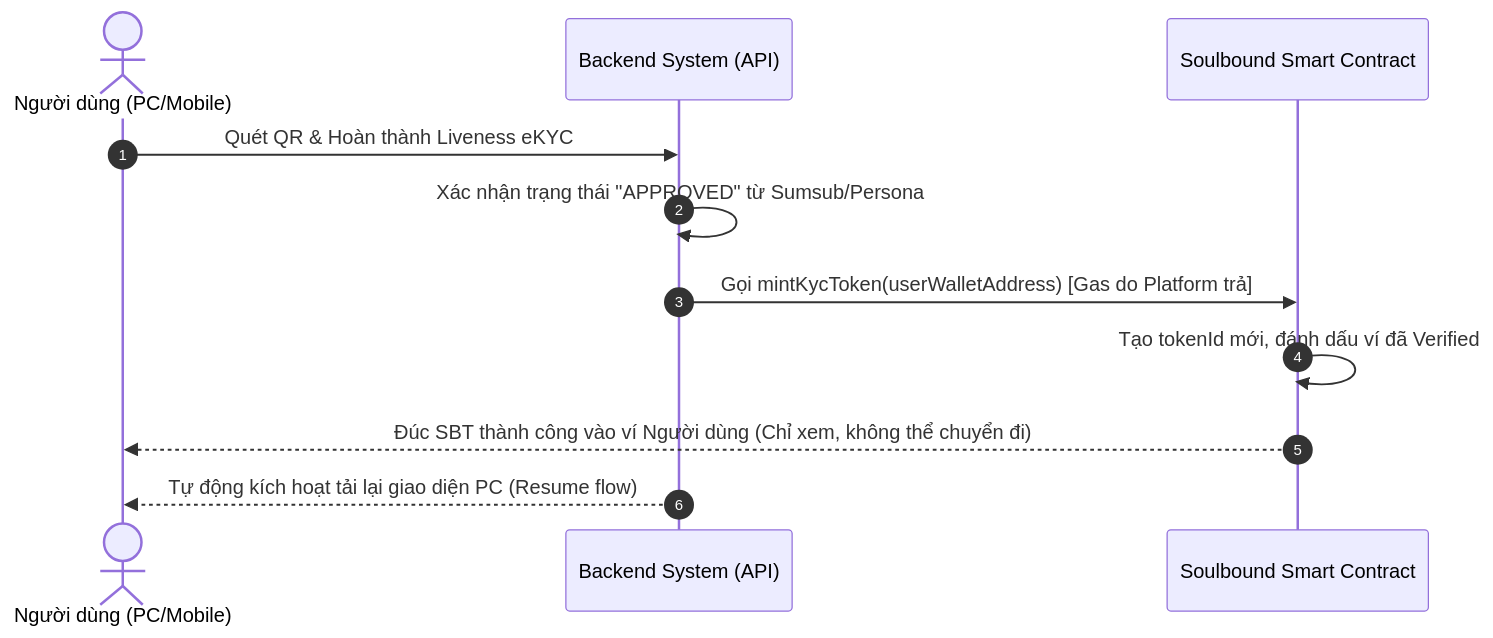
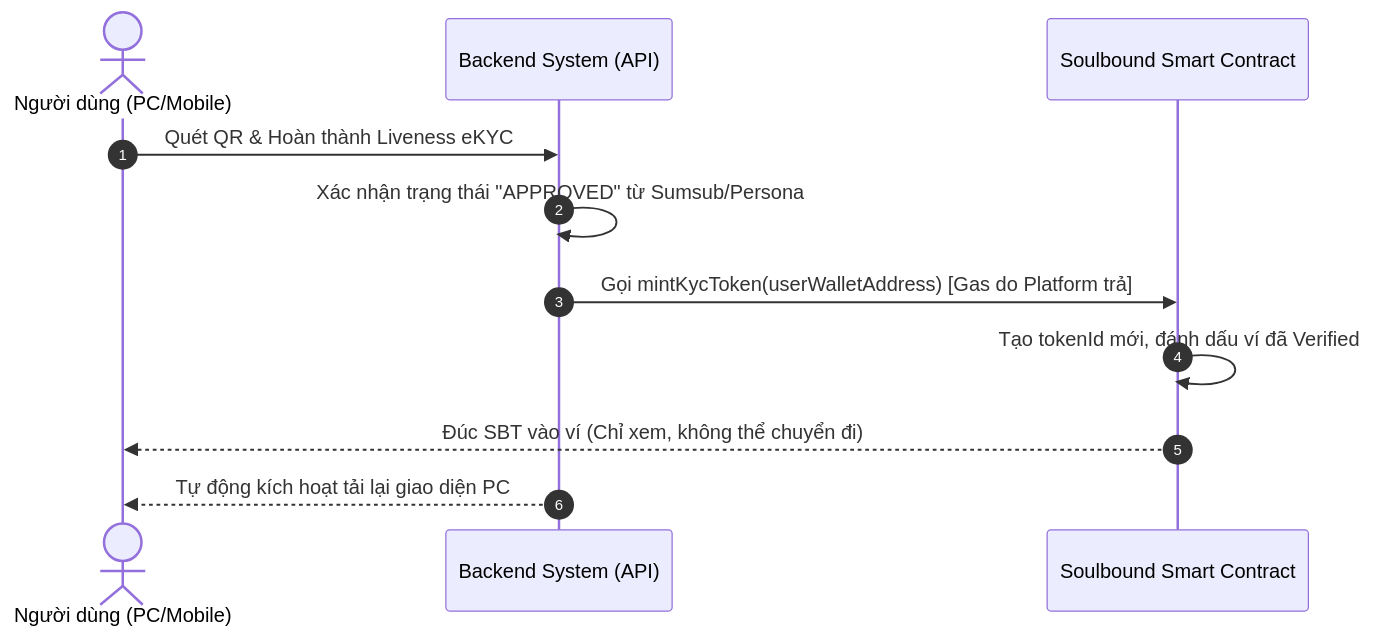
One commit to trongkhoidev/bloody-roar changed the second of 2 diagrams in docs/ai/design/smart-contract-analysis.md. Above: the diagram before and after it, drawn with Mermaid. The commit also changed other lines of this file and 14 other files, not shown here.

````diff
--- a/docs/ai/design/smart-contract-analysis.md
+++ b/docs/ai/design/smart-contract-analysis.md
@@ -134,14 +98,14 @@
 ```mermaid
 sequenceDiagram
     autonumber
     actor User as Người dùng (PC/Mobile)
     participant API as Backend System (API)
     participant SC as Soulbound Smart Contract
-    
+
     User->>API: Quét QR & Hoàn thành Liveness eKYC
     API->>API: Xác nhận trạng thái "APPROVED" từ Sumsub/Persona
     API->>SC: Gọi mintKycToken(userWalletAddress) [Gas do Platform trả]
     SC->>SC: Tạo tokenId mới, đánh dấu ví đã Verified
-    SC-->>User: Đúc SBT thành công vào ví Người dùng (Chỉ xem, không thể chuyển đi)
-    API-->>User: Tự động kích hoạt tải lại giao diện PC (Resume flow)
+    SC-->>User: Đúc SBT vào ví (Chỉ xem, không thể chuyển đi)
+    API-->>User: Tự động kích hoạt tải lại giao diện PC
 ```
````
